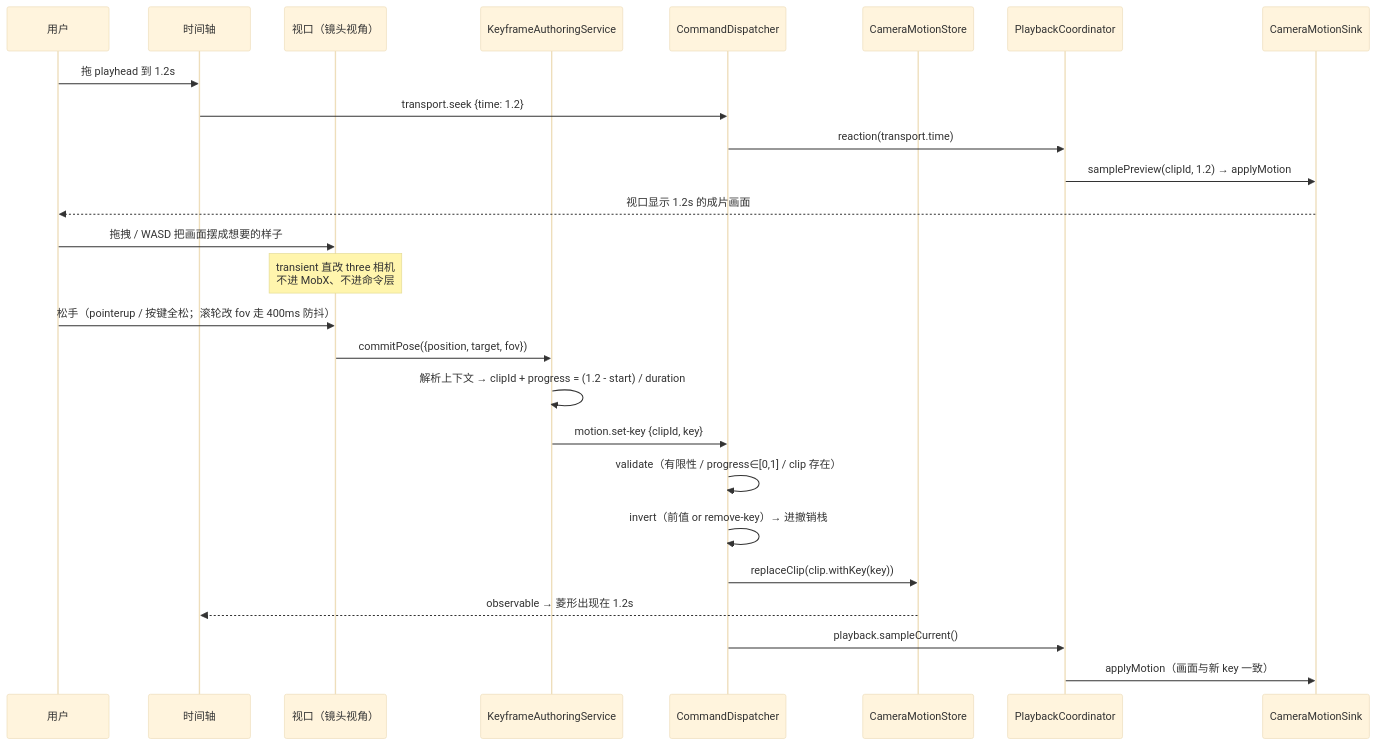
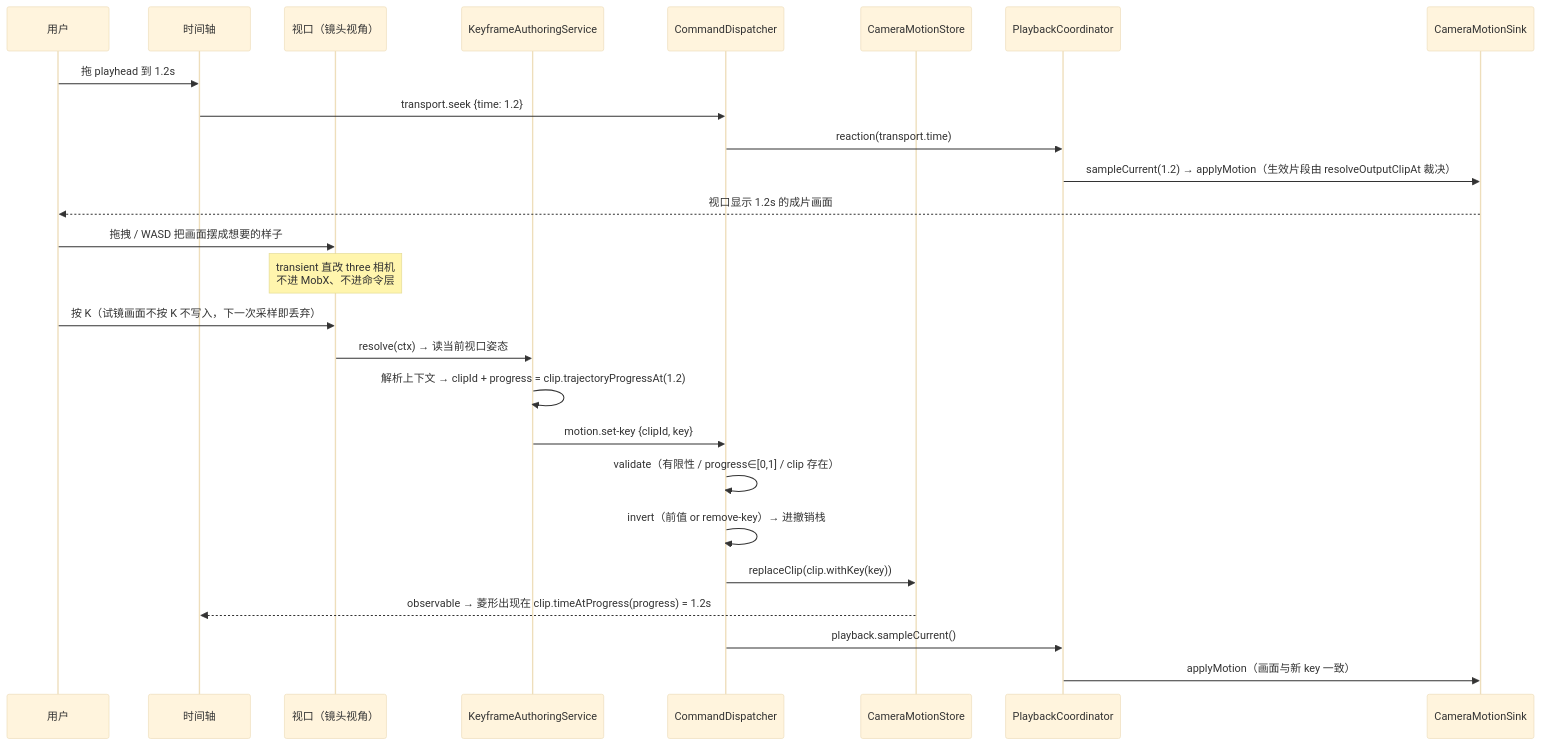
One commit to amwyygyuge/3d-director-desk changed the fourth of 6 diagrams in docs/camera-motion-authoring.md. Above: the diagram before and after it, drawn with Mermaid (base theme). The commit also changed other lines of this file and 48 other files, not shown here.

````diff
--- a/docs/camera-motion-authoring.md
+++ b/docs/camera-motion-authoring.md
@@ -255,30 +282,30 @@
 ```mermaid
 sequenceDiagram
     participant U as 用户
     participant TL as 时间轴
     participant VP as 视口（镜头视角）
     participant KA as KeyframeAuthoringService
     participant D as CommandDispatcher
     participant S as CameraMotionStore
     participant PC as PlaybackCoordinator
     participant SK as CameraMotionSink
 
     U->>TL: 拖 playhead 到 1.2s
     TL->>D: transport.seek {time: 1.2}
     D->>PC: reaction(transport.time)
-    PC->>SK: samplePreview(clipId, 1.2) → applyMotion
+    PC->>SK: sampleCurrent(1.2) → applyMotion（生效片段由 resolveOutputClipAt 裁决）
     SK-->>U: 视口显示 1.2s 的成片画面
 
     U->>VP: 拖拽 / WASD 把画面摆成想要的样子
     Note over VP: transient 直改 three 相机<br/>不进 MobX、不进命令层
-    U->>VP: 松手（pointerup / 按键全松；滚轮改 fov 走 400ms 防抖）
-    VP->>KA: commitPose({position, target, fov})
-    KA->>KA: 解析上下文 → clipId + progress = (1.2 - start) / duration
+    U->>VP: 按 K（试镜画面不按 K 不写入，下一次采样即丢弃）
+    VP->>KA: resolve(ctx) → 读当前视口姿态
+    KA->>KA: 解析上下文 → clipId + progress = clip.trajectoryProgressAt(1.2)
     KA->>D: motion.set-key {clipId, key}
     D->>D: validate（有限性 / progress∈[0,1] / clip 存在）
     D->>D: invert（前值 or remove-key）→ 进撤销栈
     D->>S: replaceClip(clip.withKey(key))
-    S-->>TL: observable → 菱形出现在 1.2s
+    S-->>TL: observable → 菱形出现在 clip.timeAtProgress(progress) = 1.2s
     D->>PC: playback.sampleCurrent()
     PC->>SK: applyMotion（画面与新 key 一致）
 ```
````
